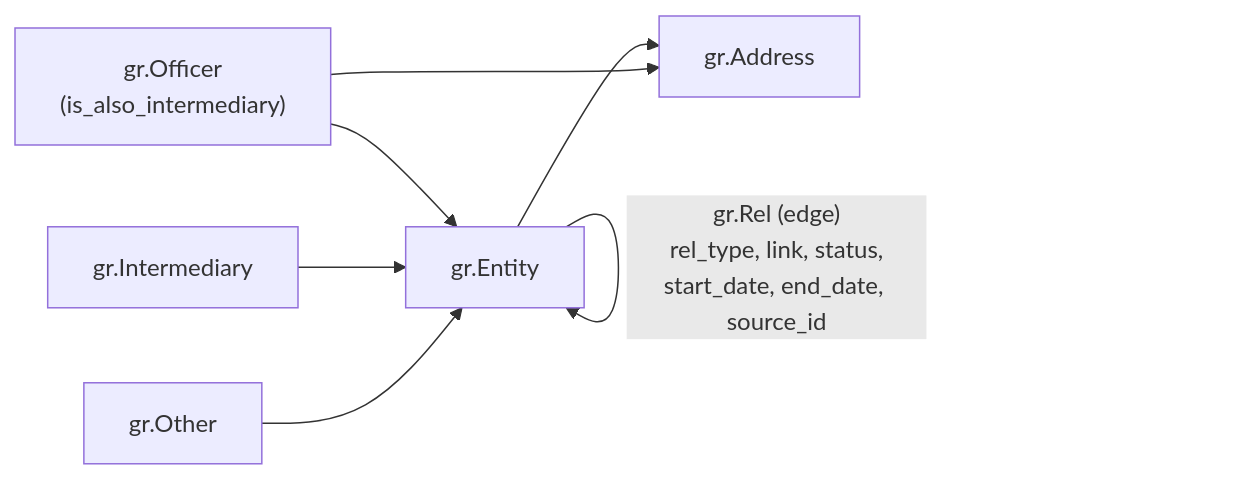
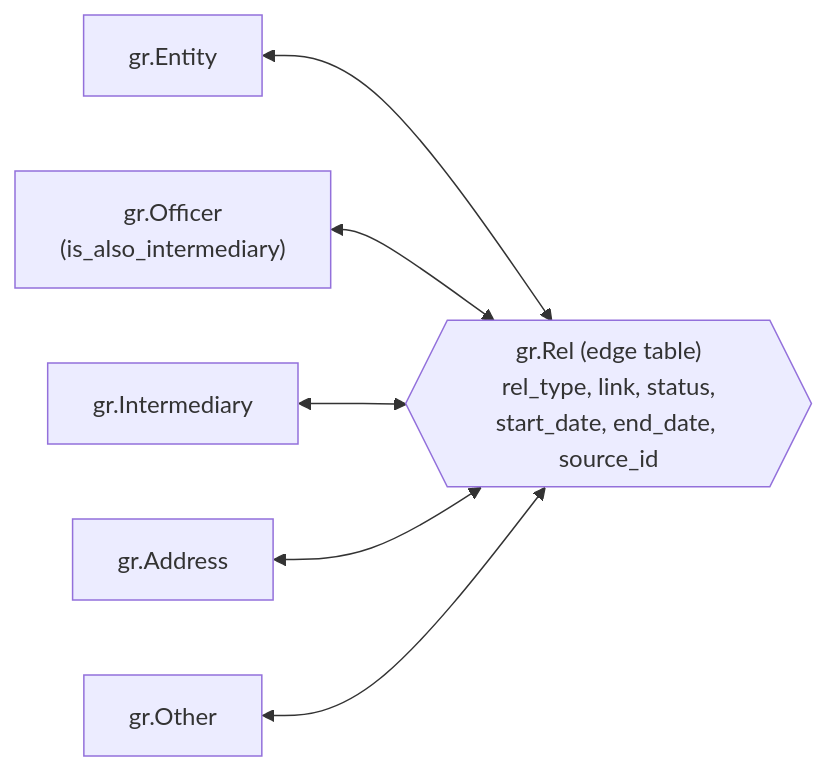
The diagram in ICIJ Offshore Leaks - SQL Server/README.md (Kevarias19-git/data-analyst-portfolio), drawn with Mermaid before and after one commit. The commit also changed other lines of this file, not shown here.

````diff
--- a/ICIJ Offshore Leaks - SQL Server/README.md
+++ b/ICIJ Offshore Leaks - SQL Server/README.md
@@ -368,15 +368,15 @@
 ```mermaid
 flowchart LR
     E[gr.Entity]
     O["gr.Officer<br/>(is_also_intermediary)"]
     I[gr.Intermediary]
     A[gr.Address]
     X[gr.Other]
+    R{{"gr.Rel (edge table)<br/>rel_type, link, status,<br/>start_date, end_date, source_id"}}
 
-    E -- "gr.Rel (edge)<br/>rel_type, link, status,<br/>start_date, end_date, source_id" --> E
-    O --> E
-    I --> E
-    E --> A
-    O --> A
-    X --> E
+    E <--> R
+    O <--> R
+    I <--> R
+    A <--> R
+    X <--> R
 ```
````
